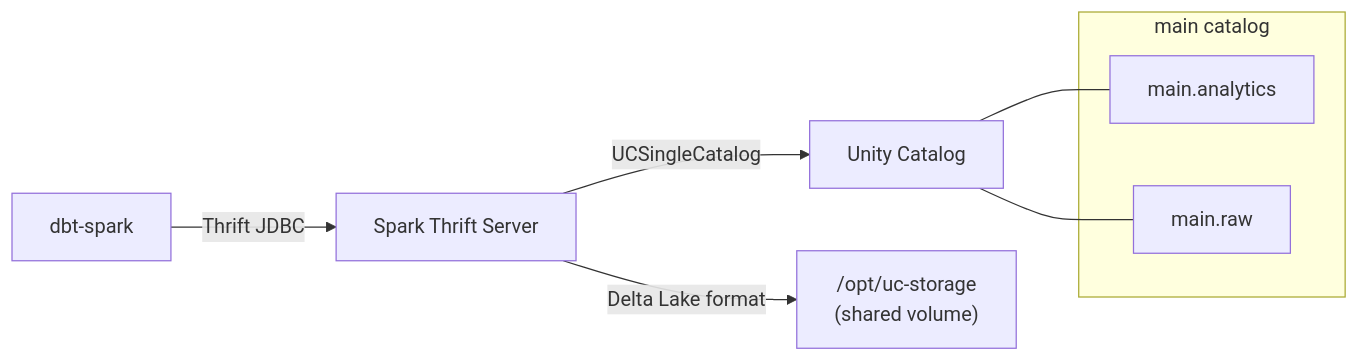
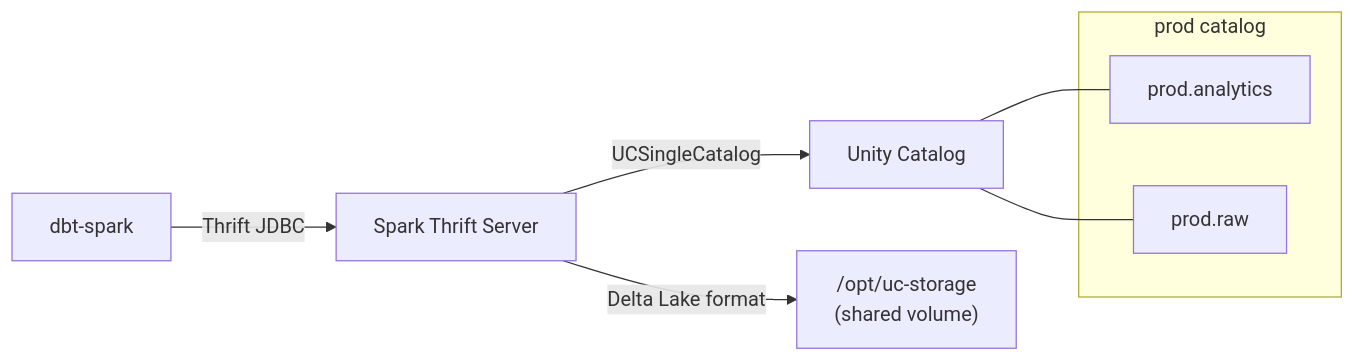
One commit to KikeSenpai/delta-analytics-engineering-template changed the first of 2 diagrams in README.md. Above: the diagram before and after it, drawn with Mermaid. The commit also changed other lines of this file and 5 other files, not shown here.

First line of the commit message:
Rename catalog from main to prod

````diff
--- a/README.md
+++ b/README.md
@@ -107,18 +107,18 @@
 ```mermaid
 graph LR
     dbt["dbt-spark"]
     spark["Spark Thrift Server"]
     uc["Unity Catalog"]
     storage["/opt/uc-storage\n(shared volume)"]
 
     dbt -- "Thrift JDBC" --> spark
     spark -- "UCSingleCatalog" --> uc
     spark -- "Delta Lake format" --> storage
 
-    subgraph "main catalog"
-        main_analytics["main.analytics"]
-        main_raw["main.raw"]
+    subgraph "prod catalog"
+        prod_analytics["prod.analytics"]
+        prod_raw["prod.raw"]
     end
-    uc --- main_analytics
-    uc --- main_raw
+    uc --- prod_analytics
+    uc --- prod_raw
 ```
````
